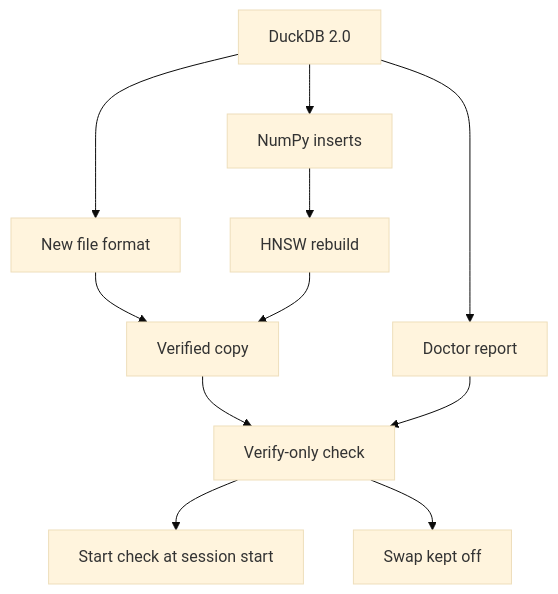
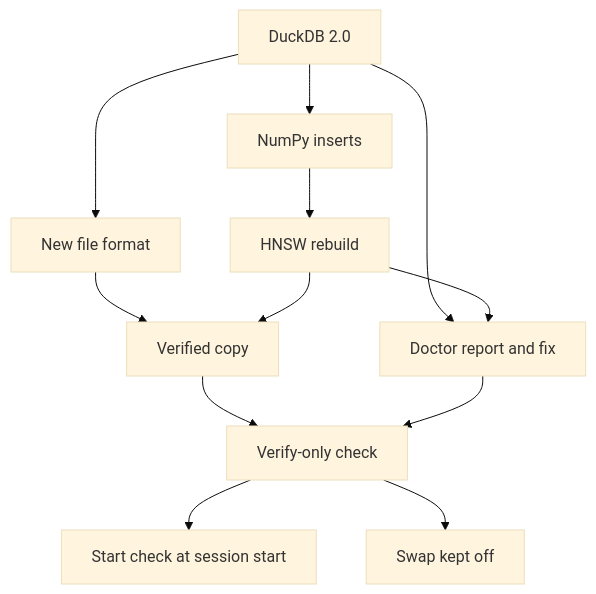
Before and after one commit to Texarkanine/stockroom: the diagram in memory-bank/active/milestones.md, drawn with Mermaid (base theme). The commit also changed other lines of this file and 10 other files, not shown here.

````diff
--- a/memory-bank/active/milestones.md
+++ b/memory-bank/active/milestones.md
@@ -46,22 +57,23 @@
 ```mermaid
 flowchart TD
   duckdb[DuckDB 2.0]
   format[New file format]
   numpy[NumPy inserts]
-  doctor[Doctor report]
+  doctor[Doctor report and fix]
   hnsw[HNSW rebuild]
   builder[Verified copy]
   check[Verify-only check]
   hook[Start check at session start]
   swap[Swap kept off]
   duckdb --> format
   duckdb --> numpy
   duckdb --> doctor
+  hnsw --> doctor
   format --> builder
   numpy --> hnsw
   hnsw --> builder
   builder --> check
   doctor --> check
   check --> hook
   check --> swap
 ```
````
